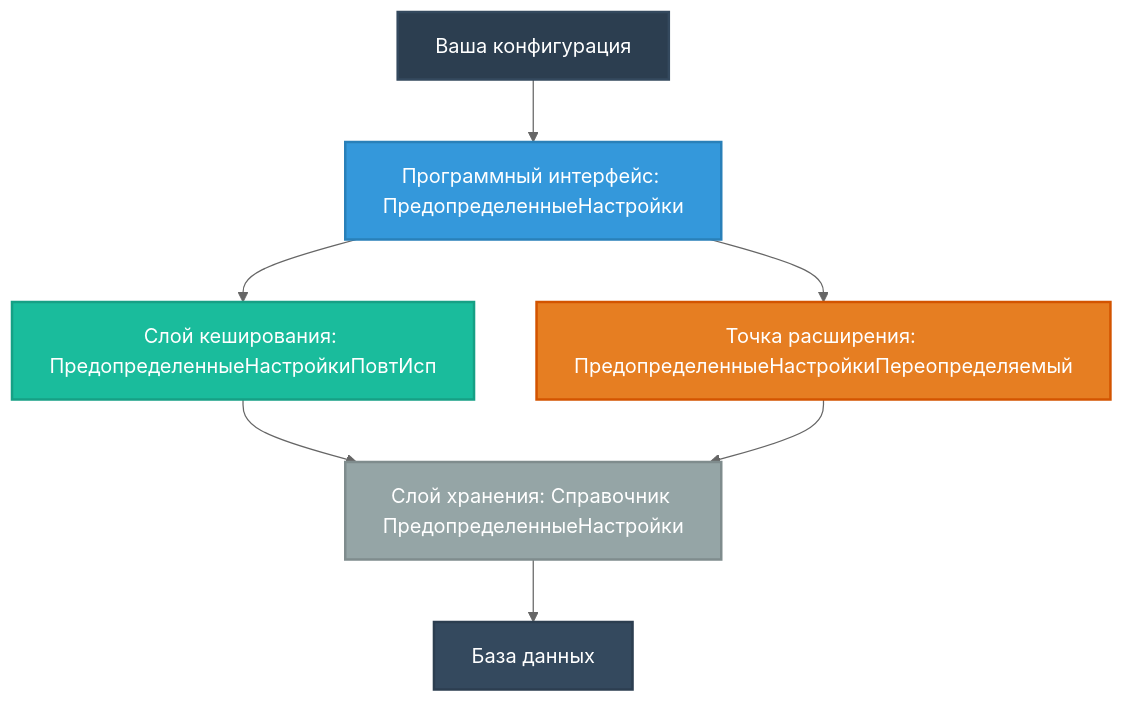
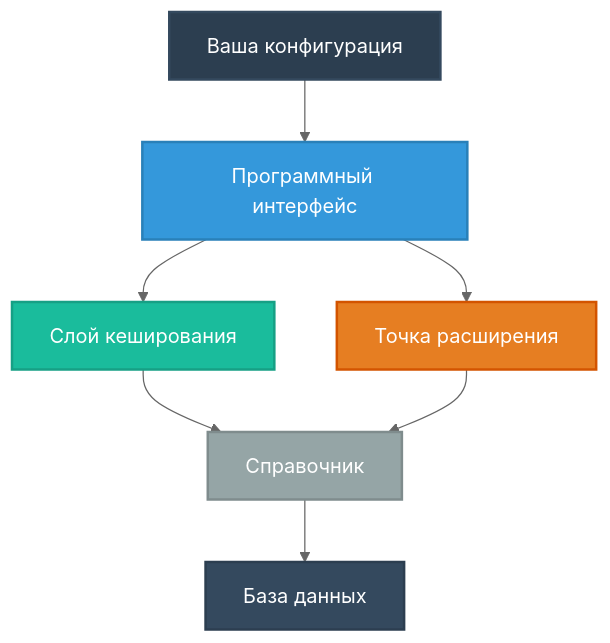
The first of 2 diagrams in README.md (huxuxuya/1cPredefinedValuesSubsystem), drawn with Mermaid (neutral theme) before and after one commit. The commit also changed other lines of this file, not shown here.

````diff
--- a/README.md
+++ b/README.md
@@ -157,17 +158,17 @@
 ```mermaid
 graph TB
-    A[Ваша конфигурация] --> B[Программный интерфейс: ПредопределенныеНастройки]
-    B --> C[Слой кеширования: ПредопределенныеНастройкиПовтИсп]
-    C --> D[Слой хранения: Справочник ПредопределенныеНастройки]
-    D --> E[База данных]
+    A["Ваша конфигурация"] --> B["Программный интерфейс"]
+    B --> C["Слой кеширования"]
+    C --> D["Справочник"]
+    D --> E["База данных"]
     
-    B --> F[Точка расширения: ПредопределенныеНастройкиПереопределяемый]
+    B --> F["Точка расширения"]
     F --> D
     
     style A fill:#2c3e50,stroke:#34495e,stroke-width:2px,color:#fff
     style B fill:#3498db,stroke:#2980b9,stroke-width:2px,color:#fff
     style C fill:#1abc9c,stroke:#16a085,stroke-width:2px,color:#fff
     style D fill:#95a5a6,stroke:#7f8c8d,stroke-width:2px,color:#fff
     style E fill:#34495e,stroke:#2c3e50,stroke-width:2px,color:#fff
     style F fill:#e67e22,stroke:#d35400,stroke-width:2px,color:#fff
 ```
````
